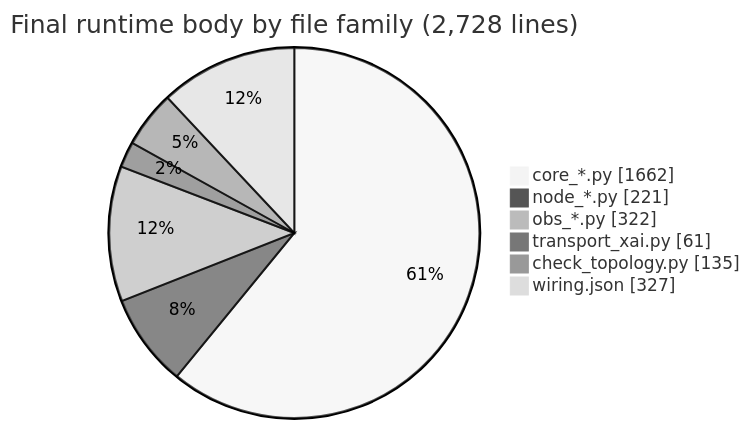
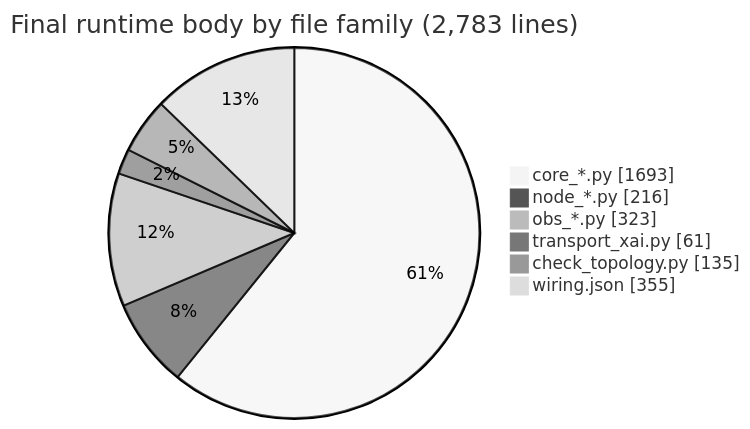
One commit to wgabrys88/endgame-ai changed the seventh of 9 diagrams in README.md. Above: the diagram before and after it, drawn with Mermaid (neutral theme). The commit also changed other lines of this file and 9 other files, not shown here.

````diff
--- a/README.md
+++ b/README.md
@@ -1392,10 +1451,10 @@
 ```mermaid
 pie showData
-    title Final runtime body by file family (2,728 lines)
-    "core_*.py" : 1662
-    "node_*.py" : 221
-    "obs_*.py" : 322
+    title Final runtime body by file family (2,783 lines)
+    "core_*.py" : 1693
+    "node_*.py" : 216
+    "obs_*.py" : 323
     "transport_xai.py" : 61
     "check_topology.py" : 135
-    "wiring.json" : 327
+    "wiring.json" : 355
 ```
````
